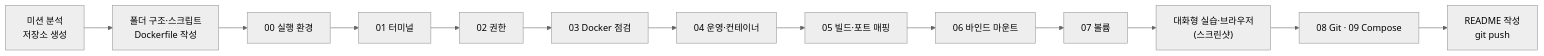
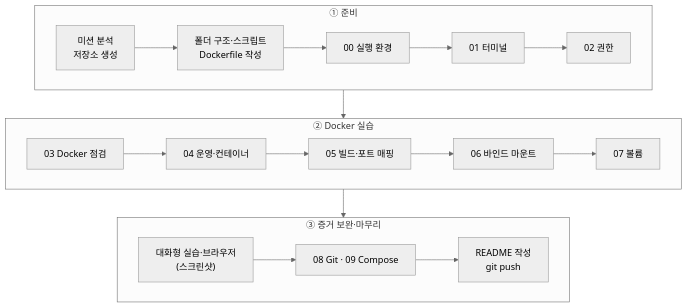
Before and after one commit to ilililililil4319/E1-1: the first of 3 diagrams in README.md, drawn with Mermaid (neutral theme). The commit also changed other lines of this file, not shown here.

Commit message:
작업 흐름도 3줄로 변경, Windows 가이드 링크 추가

````diff
--- a/README.md
+++ b/README.md
@@ -361,15 +361,16 @@
 ```mermaid
-flowchart LR
-    A["미션 분석<br/>저장소 생성"] --> B["폴더 구조·스크립트<br/>Dockerfile 작성"]
-    B --> C["00 실행 환경"]
-    C --> D["01 터미널"]
-    D --> E["02 권한"]
-    E --> F["03 Docker 점검"]
-    F --> G["04 운영·컨테이너"]
-    G --> H["05 빌드·포트 매핑"]
-    H --> I["06 바인드 마운트"]
-    I --> J["07 볼륨"]
-    J --> K["대화형 실습·브라우저<br/>(스크린샷)"]
-    K --> L["08 Git · 09 Compose"]
-    L --> M["README 작성<br/>git push"]
+flowchart TB
+    subgraph R1["① 준비"]
+        direction LR
+        A["미션 분석<br/>저장소 생성"] --> B["폴더 구조·스크립트<br/>Dockerfile 작성"] --> C["00 실행 환경"] --> D["01 터미널"] --> E["02 권한"]
+    end
+    subgraph R2["② Docker 실습"]
+        direction LR
+        F["03 Docker 점검"] --> G["04 운영·컨테이너"] --> H["05 빌드·포트 매핑"] --> I["06 바인드 마운트"] --> J["07 볼륨"]
+    end
+    subgraph R3["③ 증거 보완·마무리"]
+        direction LR
+        K["대화형 실습·브라우저<br/>(스크린샷)"] --> L["08 Git · 09 Compose"] --> M["README 작성<br/>git push"]
+    end
+    R1 --> R2 --> R3
 ```
````
